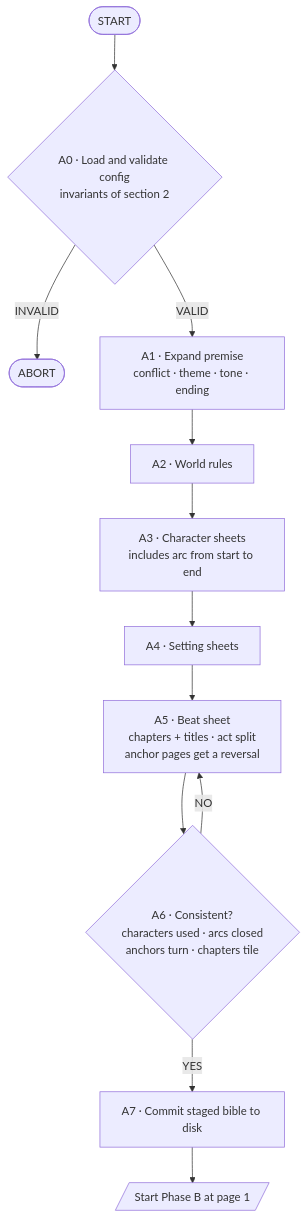
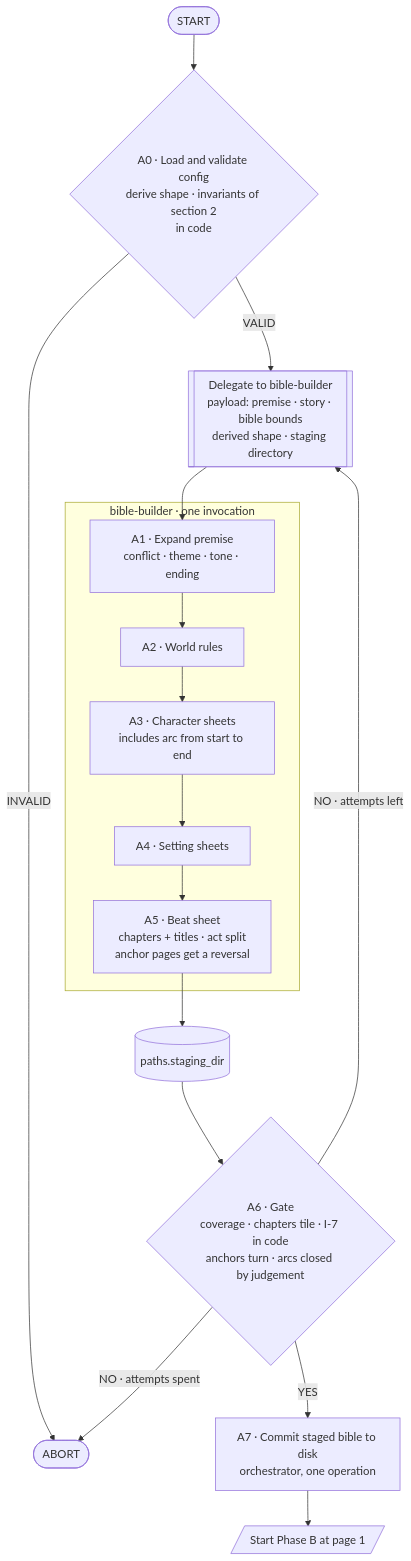
The first of 4 diagrams in specs/functional_specification_story_agent.md (Asieribarz/my-story-marker), drawn with Mermaid before and after one commit. The commit also changed other lines of this file and 8 other files, not shown here.

````diff
--- a/specs/functional_specification_story_agent.md
+++ b/specs/functional_specification_story_agent.md
@@ -196,14 +245,23 @@
 ```mermaid
 flowchart TD
-    INI([START]) --> A0{"A0 · Load and validate config<br/>invariants of section 2"}
+    INI([START]) --> A0{"A0 · Load and validate config<br/>derive shape · invariants of section 2<br/>in code"}
     A0 -- INVALID --> ABORT([ABORT])
-    A0 -- VALID --> A1["A1 · Expand premise<br/>conflict · theme · tone · ending"]
-    A1 --> A2["A2 · World rules"]
-    A2 --> A3["A3 · Character sheets<br/>includes arc from start to end"]
-    A3 --> A4["A4 · Setting sheets"]
-    A4 --> A5["A5 · Beat sheet<br/>chapters + titles · act split<br/>anchor pages get a reversal"]
-    A5 --> A6{"A6 · Consistent?<br/>characters used · arcs closed<br/>anchors turn · chapters tile"}
-    A6 -- NO --> A5
-    A6 -- YES --> A7["A7 · Commit staged bible to disk"]
+    A0 -- VALID --> DEL1[["Delegate to bible-builder<br/>payload: premise · story · bible bounds<br/>derived shape · staging directory"]]
+
+    subgraph AG1["bible-builder · one invocation"]
+        A1["A1 · Expand premise<br/>conflict · theme · tone · ending"]
+        A2["A2 · World rules"]
+        A3["A3 · Character sheets<br/>includes arc from start to end"]
+        A4["A4 · Setting sheets"]
+        A5["A5 · Beat sheet<br/>chapters + titles · act split<br/>anchor pages get a reversal"]
+        A1 --> A2 --> A3 --> A4 --> A5
+    end
+
+    DEL1 --> A1
+    A5 --> STG[("paths.staging_dir")]
+    STG --> A6{"A6 · Gate<br/>coverage · chapters tile · I-7 in code<br/>anchors turn · arcs closed by judgement"}
+    A6 -- "NO · attempts left" --> DEL1
+    A6 -- "NO · attempts spent" --> ABORT
+    A6 -- YES --> A7["A7 · Commit staged bible to disk<br/>orchestrator, one operation"]
     A7 --> FB[/"Start Phase B at page 1"/]
 ```
````
